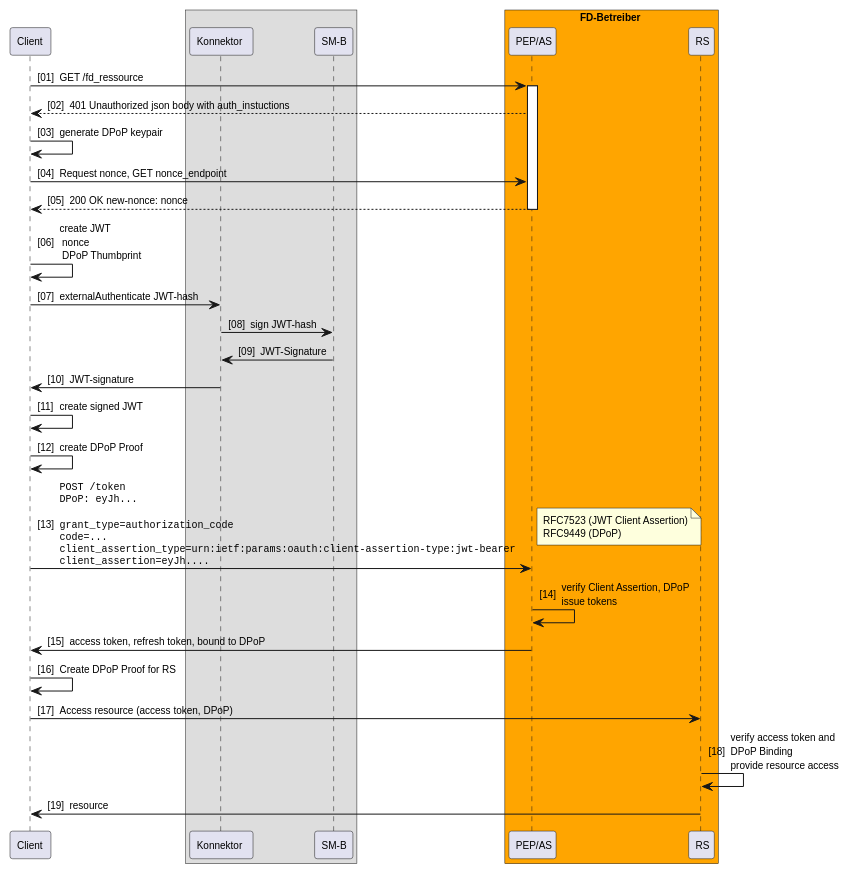
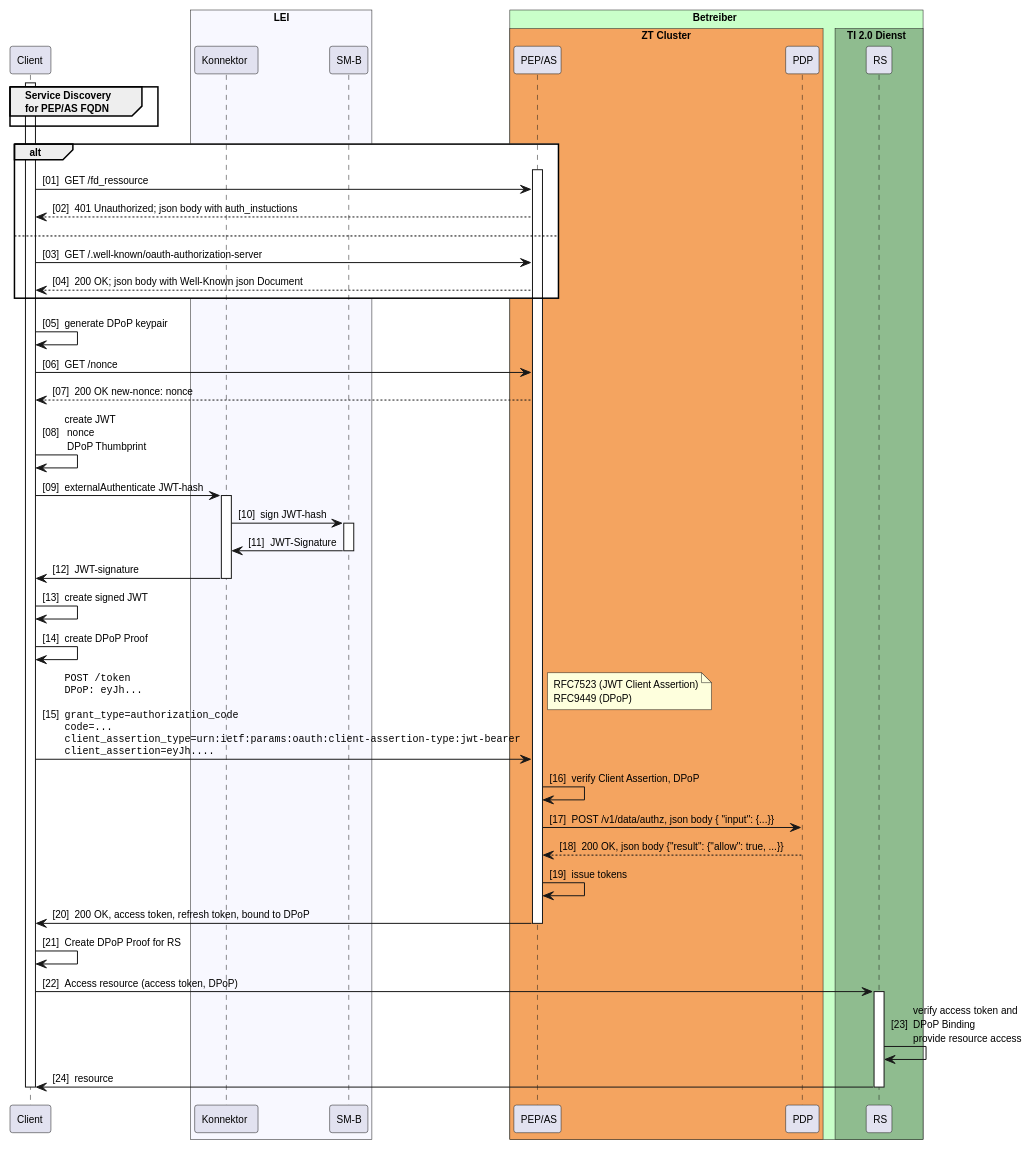
The diagram in src/plantuml/sm-b-auth.puml (gematik/spec-t20r), drawn with PlantUML before and after one commit.

```diff
--- a/src/plantuml/sm-b-auth.puml
+++ b/src/plantuml/sm-b-auth.puml
@@ -1,58 +1,81 @@
-@startuml
+@startuml "OAuth 2.0 DPoP with SM-B"
 autonumber "[00]"
 skinparam defaultFontSize 10
 skinparam defaultFontName Helvetica
 skinparam DefaultMonospacedFontName Courier
 skinparam lengthAdjust none
 
+!pragma teoz true
 
 participant Client
-box
-participant Konnektor
-participant SMB as "SM-B"
+box "LEI" #GhostWhite
+    participant Konnektor
+    participant SMB as "SM-B"
 end box
 
-box "FD-Betreiber" #orange
-participant AS as "PEP/AS"
-participant RS
+box "Betreiber" #TECHNOLOGY
+    box "ZT Cluster" #SandyBrown
+        participant AuthS as "PEP/AS" 
+        participant PDP as "PDP"
+    endbox
+    box TI 2.0 Dienst #DarkSeaGreen
+        participant RS
+    endbox
 end box
 
-Client -> AS: GET /fd_ressource
-activate AS
-AS --> Client: 401 Unauthorized json body with auth_instuctions
+activate Client
+group Service Discovery\nfor PEP/AS FQDN
+end
+
+alt #White
+    activate AuthS
+    Client -> AuthS: GET /fd_ressource
+    AuthS --> Client: 401 Unauthorized; json body with auth_instuctions
+else 
+    Client -> AuthS: GET /.well-known/oauth-authorization-server 
+    AuthS --> Client: 200 OK; json body with Well-Known json Document
+end
 
 Client -> Client: generate DPoP keypair
-Client -> AS: Request nonce, GET nonce_endpoint
+Client -> AuthS: GET /nonce
 return 200 OK new-nonce: nonce
 Client -> Client: create JWT\n nonce\n DPoP Thumbprint
 Client -> Konnektor: externalAuthenticate JWT-hash
+activate Konnektor
 Konnektor -> SMB: sign JWT-hash
+activate SMB
 SMB -> Konnektor: JWT-Signature
+deactivate SMB
 Konnektor -> Client: JWT-signature
+deactivate Konnektor
 
 Client -> Client: create signed JWT
 Client -> Client: create DPoP Proof
-Client -> AS: ""POST /token""\n\
+Client -> AuthS: ""POST /token""\n\
 ""DPoP: eyJh...""\n\n\
 ""grant_type=authorization_code""\n\
 ""code=...""\n\
 ""client_assertion_type=urn:ietf:params:oauth:client-assertion-type:jwt-bearer""\n\
 ""client_assertion=eyJh....""
 note right
 RFC7523 (JWT Client Assertion)
 RFC9449 (DPoP)
 end note
 
-AS -> AS: verify Client Assertion, DPoP\n\
-issue tokens
-
-AS -> Client: access token, refresh token, bound to DPoP
-deactivate AS
+AuthS -> AuthS: verify Client Assertion, DPoP
+AuthS -> PDP: POST /v1/data/authz, json body {  "input": {...}} 
+PDP --> AuthS: 200 OK, json body {"result": {"allow": true, ...}}
+AuthS -> AuthS: issue tokens
+AuthS -> Client: 200 OK, access token, refresh token, bound to DPoP
+deactivate AuthS
 Client -> Client: Create DPoP Proof for RS
 
 Client -> RS: Access resource (access token, DPoP)
+activate RS
 RS -> RS: verify access token and\nDPoP Binding\n\
 provide resource access
 RS -> Client: resource
+deactivate RS
+deactivate Client
 
 @enduml
```
